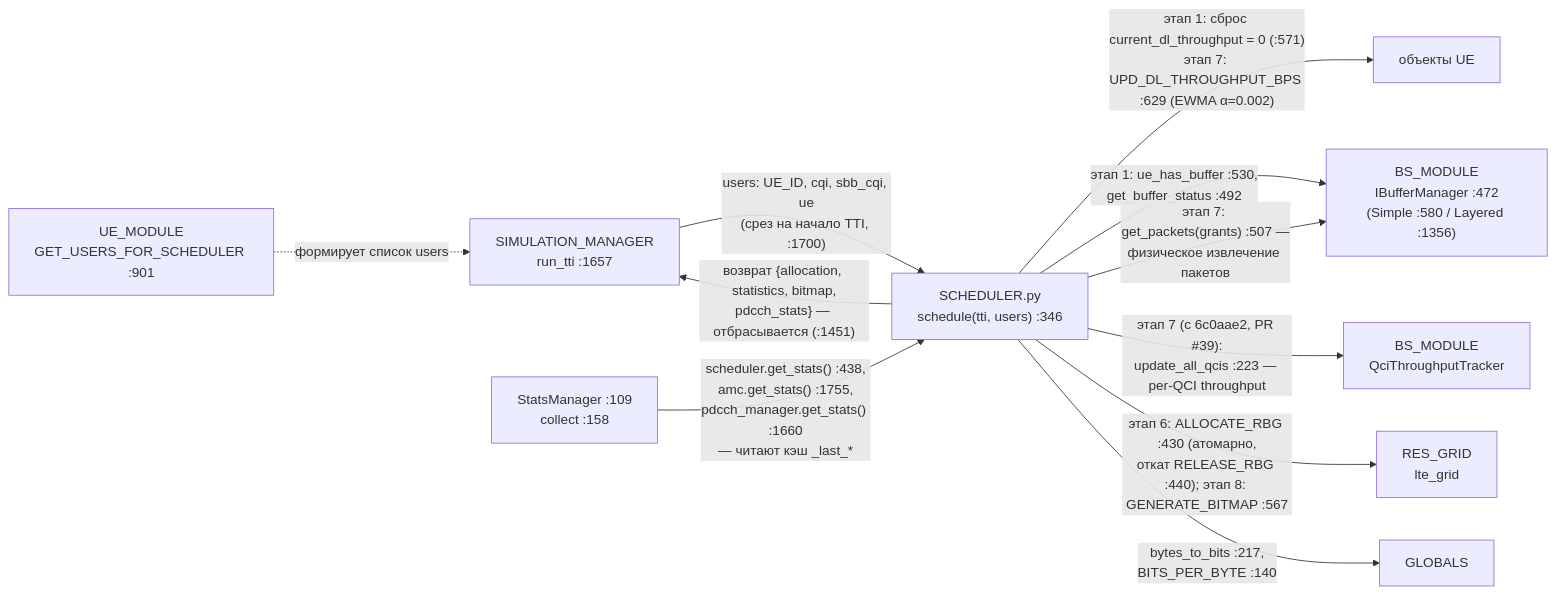
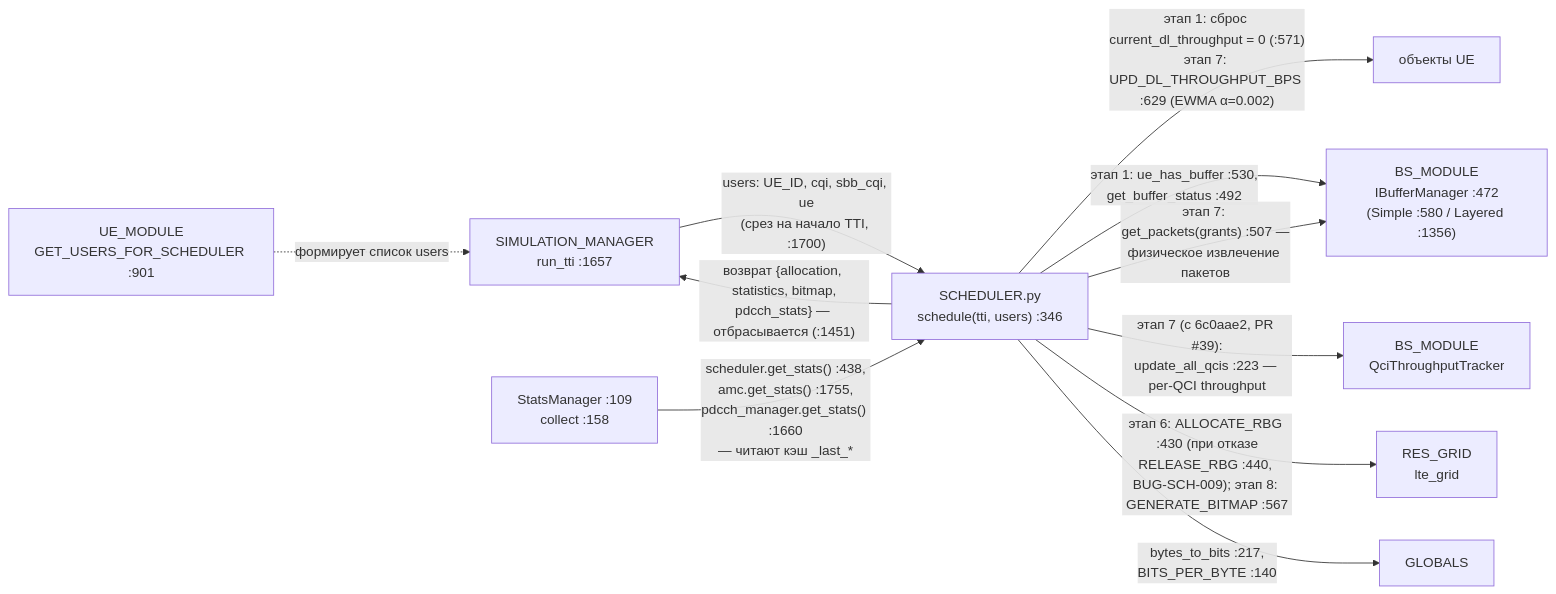
One commit to sherokiddo/project_py_scheduler changed the first of 12 diagrams in docs/scheduler/diagrams.md. Above: the diagram before and after it, drawn with Mermaid. The commit also changed other lines of this file and 3 other files, not shown here.

````diff
--- a/docs/scheduler/diagrams.md
+++ b/docs/scheduler/diagrams.md
@@ -12,14 +12,14 @@
 ```mermaid
 flowchart LR
     SM["SIMULATION_MANAGER<br/>run_tti :1657"] -->|"users: UE_ID, cqi, sbb_cqi, ue<br/>(срез на начало TTI, :1700)"| SCH["SCHEDULER.py<br/>schedule(tti, users) :346"]
     SCH -->|"возврат {allocation, statistics, bitmap,<br/>pdcch_stats} — отбрасывается (:1451)"| SM
     STATS["StatsManager :109<br/>collect :158"] -->|"scheduler.get_stats() :438,<br/>amc.get_stats() :1755,<br/>pdcch_manager.get_stats() :1660<br/>— читают кэш _last_*"| SCH
 
     UE["UE_MODULE<br/>GET_USERS_FOR_SCHEDULER :901"] -.->|"формирует список users"| SM
     SCH -->|"этап 1: сброс current_dl_throughput = 0 (:571)<br/>этап 7: UPD_DL_THROUGHPUT_BPS :629 (EWMA α=0.002)"| UEOBJ["объекты UE"]
     SCH -->|"этап 1: ue_has_buffer :530,<br/>get_buffer_status :492"| BS["BS_MODULE<br/>IBufferManager :472<br/>(Simple :580 / Layered :1356)"]
     SCH -->|"этап 7: get_packets(grants) :507 —<br/>физическое извлечение пакетов"| BS
     SCH -->|"этап 7 (с 6c0aae2, PR #39):<br/>update_all_qcis :223 — per-QCI throughput"| QCI["BS_MODULE<br/>QciThroughputTracker"]
-    SCH -->|"этап 6: ALLOCATE_RBG :430 (атомарно,<br/>откат RELEASE_RBG :440); этап 8: GENERATE_BITMAP :567"| GRID["RES_GRID<br/>lte_grid"]
+    SCH -->|"этап 6: ALLOCATE_RBG :430 (при отказе<br/>RELEASE_RBG :440, BUG-SCH-009); этап 8: GENERATE_BITMAP :567"| GRID["RES_GRID<br/>lte_grid"]
     SCH -->|"bytes_to_bits :217,<br/>BITS_PER_BYTE :140"| GL["GLOBALS"]
 ```
````
